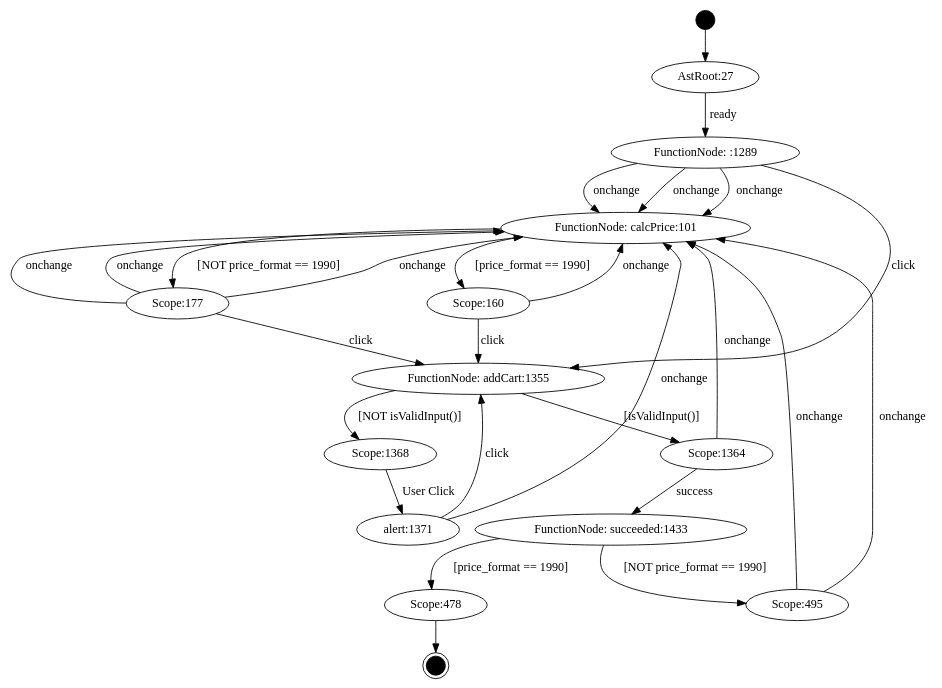
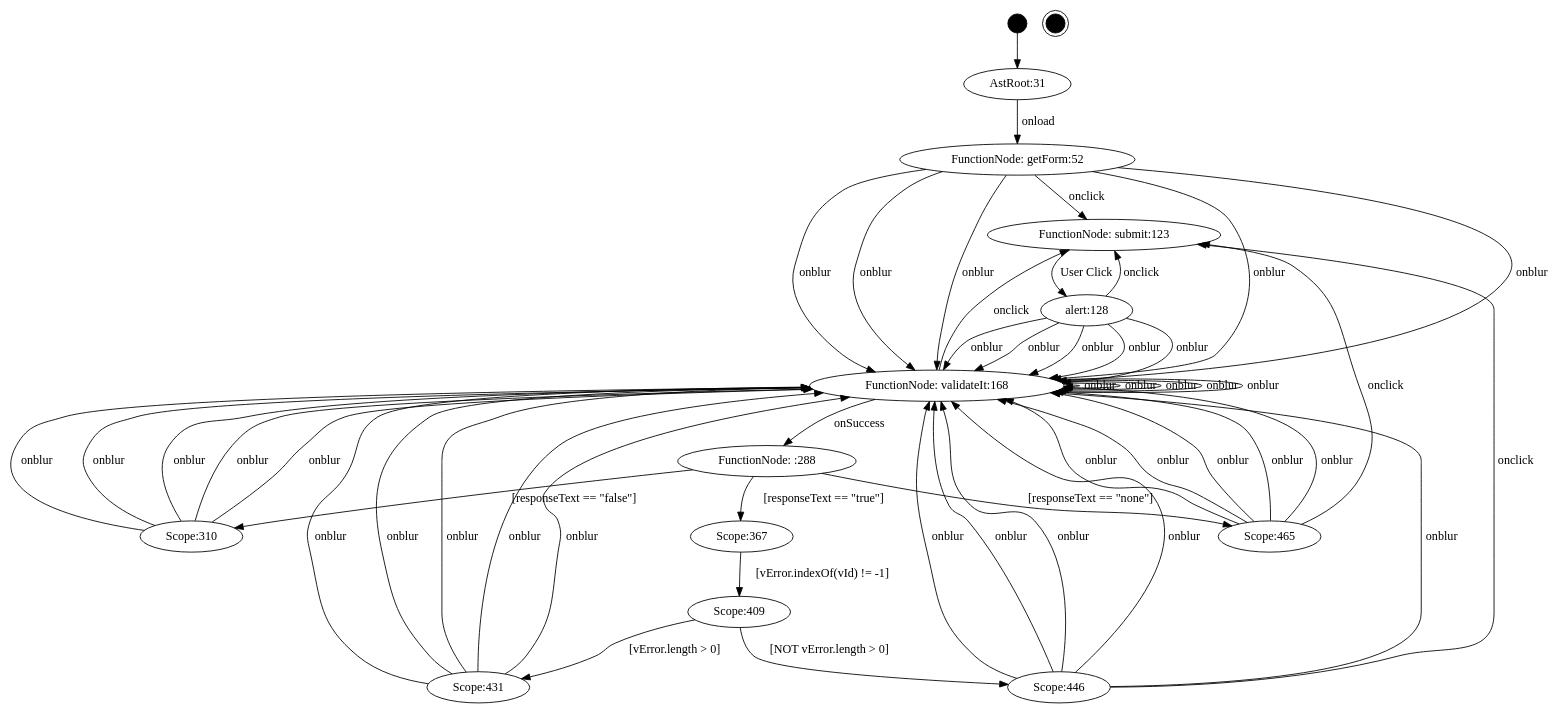
The diagram in projects/project/model/fsm.dot (mzw/JSAnalyzer), drawn with Graphviz before and after one commit. The commit also changed 10 other files, not shown here.

```diff
--- a/projects/project/model/fsm.dot
+++ b/projects/project/model/fsm.dot
@@ -1,42 +1,66 @@
 digraph FSM {
-JSAnalyzer_0000003218[label="",shape=circle,style=filled,color=black,fixedsize=true,width=0.3];
-JSAnalyzer_0000003220[label="",shape=doublecircle,style=filled,color=black,fixedsize=true,width=0.3];
-JSAnalyzer_0000000027[label="AstRoot:27"];
-JSAnalyzer_0000000101[label="FunctionNode: calcPrice:101"];
-JSAnalyzer_0000000160[label="Scope:160"];
-JSAnalyzer_0000000177[label="Scope:177"];
-JSAnalyzer_0000000478[label="Scope:478"];
-JSAnalyzer_0000000495[label="Scope:495"];
-JSAnalyzer_0000001289[label="FunctionNode: :1289"];
-JSAnalyzer_0000001355[label="FunctionNode: addCart:1355"];
-JSAnalyzer_0000001364[label="Scope:1364"];
-JSAnalyzer_0000001368[label="Scope:1368"];
-JSAnalyzer_0000001433[label="FunctionNode: succeeded:1433"];
-JSAnalyzer_0000001371[label="alert:1371"];
-JSAnalyzer_0000003218 -> JSAnalyzer_0000000027;
-JSAnalyzer_0000000101 -> JSAnalyzer_0000000160[label="[price_format == 1990]"];
-JSAnalyzer_0000000101 -> JSAnalyzer_0000000177[label="[NOT price_format == 1990]"];
-JSAnalyzer_0000001433 -> JSAnalyzer_0000000478[label="[price_format == 1990]"];
-JSAnalyzer_0000001433 -> JSAnalyzer_0000000495[label="[NOT price_format == 1990]"];
-JSAnalyzer_0000001355 -> JSAnalyzer_0000001364[label="[isValidInput()]"];
-JSAnalyzer_0000001355 -> JSAnalyzer_0000001368[label="[NOT isValidInput()]"];
-JSAnalyzer_0000000027 -> JSAnalyzer_0000001289[label="ready"];
-JSAnalyzer_0000000160 -> JSAnalyzer_0000000101[label="onchange"];
-JSAnalyzer_0000000160 -> JSAnalyzer_0000001355[label="click"];
-JSAnalyzer_0000000177 -> JSAnalyzer_0000000101[label="onchange"];
-JSAnalyzer_0000000177 -> JSAnalyzer_0000000101[label="onchange"];
-JSAnalyzer_0000000177 -> JSAnalyzer_0000000101[label="onchange"];
-JSAnalyzer_0000000177 -> JSAnalyzer_0000001355[label="click"];
-JSAnalyzer_0000000495 -> JSAnalyzer_0000000101[label="onchange"];
-JSAnalyzer_0000000495 -> JSAnalyzer_0000000101[label="onchange"];
-JSAnalyzer_0000001289 -> JSAnalyzer_0000000101[label="onchange"];
-JSAnalyzer_0000001289 -> JSAnalyzer_0000000101[label="onchange"];
-JSAnalyzer_0000001289 -> JSAnalyzer_0000000101[label="onchange"];
-JSAnalyzer_0000001289 -> JSAnalyzer_0000001355[label="click"];
-JSAnalyzer_0000001364 -> JSAnalyzer_0000001433[label="success"];
-JSAnalyzer_0000001364 -> JSAnalyzer_0000000101[label="onchange"];
-JSAnalyzer_0000001368 -> JSAnalyzer_0000001371[label="User Click"];
-JSAnalyzer_0000001371 -> JSAnalyzer_0000000101[label="onchange"];
-JSAnalyzer_0000001371 -> JSAnalyzer_0000001355[label="click"];
-JSAnalyzer_0000000478 -> JSAnalyzer_0000003220[label=""];
+JSAnalyzer_0000002857[label="",shape=circle,style=filled,color=black,fixedsize=true,width=0.3];
+JSAnalyzer_0000002859[label="",shape=doublecircle,style=filled,color=black,fixedsize=true,width=0.3];
+JSAnalyzer_0000000031[label="AstRoot:31"];
+JSAnalyzer_0000000052[label="FunctionNode: getForm:52"];
+JSAnalyzer_0000000123[label="FunctionNode: submit:123"];
+JSAnalyzer_0000000168[label="FunctionNode: validateIt:168"];
+JSAnalyzer_0000000288[label="FunctionNode: :288"];
+JSAnalyzer_0000000310[label="Scope:310"];
+JSAnalyzer_0000000367[label="Scope:367"];
+JSAnalyzer_0000000409[label="Scope:409"];
+JSAnalyzer_0000000431[label="Scope:431"];
+JSAnalyzer_0000000446[label="Scope:446"];
+JSAnalyzer_0000000465[label="Scope:465"];
+JSAnalyzer_0000000128[label="alert:128"];
+JSAnalyzer_0000002857 -> JSAnalyzer_0000000031;
+JSAnalyzer_0000000288 -> JSAnalyzer_0000000310[label="[responseText == \"false\"]"];
+JSAnalyzer_0000000288 -> JSAnalyzer_0000000367[label="[responseText == \"true\"]"];
+JSAnalyzer_0000000367 -> JSAnalyzer_0000000409[label="[vError\.indexOf(vId) != -1]"];
+JSAnalyzer_0000000409 -> JSAnalyzer_0000000431[label="[vError\.length > 0]"];
+JSAnalyzer_0000000409 -> JSAnalyzer_0000000446[label="[NOT vError\.length > 0]"];
+JSAnalyzer_0000000288 -> JSAnalyzer_0000000465[label="[responseText == \"none\"]"];
+JSAnalyzer_0000000031 -> JSAnalyzer_0000000052[label="onload"];
+JSAnalyzer_0000000052 -> JSAnalyzer_0000000168[label="onblur"];
+JSAnalyzer_0000000052 -> JSAnalyzer_0000000168[label="onblur"];
+JSAnalyzer_0000000052 -> JSAnalyzer_0000000168[label="onblur"];
+JSAnalyzer_0000000052 -> JSAnalyzer_0000000168[label="onblur"];
+JSAnalyzer_0000000052 -> JSAnalyzer_0000000168[label="onblur"];
+JSAnalyzer_0000000052 -> JSAnalyzer_0000000123[label="onclick"];
+JSAnalyzer_0000000123 -> JSAnalyzer_0000000128[label="User Click"];
+JSAnalyzer_0000000168 -> JSAnalyzer_0000000288[label="onSuccess"];
+JSAnalyzer_0000000168 -> JSAnalyzer_0000000168[label="onblur"];
+JSAnalyzer_0000000168 -> JSAnalyzer_0000000168[label="onblur"];
+JSAnalyzer_0000000168 -> JSAnalyzer_0000000168[label="onblur"];
+JSAnalyzer_0000000168 -> JSAnalyzer_0000000168[label="onblur"];
+JSAnalyzer_0000000168 -> JSAnalyzer_0000000168[label="onblur"];
+JSAnalyzer_0000000168 -> JSAnalyzer_0000000123[label="onclick"];
+JSAnalyzer_0000000310 -> JSAnalyzer_0000000168[label="onblur"];
+JSAnalyzer_0000000310 -> JSAnalyzer_0000000168[label="onblur"];
+JSAnalyzer_0000000310 -> JSAnalyzer_0000000168[label="onblur"];
+JSAnalyzer_0000000310 -> JSAnalyzer_0000000168[label="onblur"];
+JSAnalyzer_0000000310 -> JSAnalyzer_0000000168[label="onblur"];
+JSAnalyzer_0000000431 -> JSAnalyzer_0000000168[label="onblur"];
+JSAnalyzer_0000000431 -> JSAnalyzer_0000000168[label="onblur"];
+JSAnalyzer_0000000431 -> JSAnalyzer_0000000168[label="onblur"];
+JSAnalyzer_0000000431 -> JSAnalyzer_0000000168[label="onblur"];
+JSAnalyzer_0000000431 -> JSAnalyzer_0000000168[label="onblur"];
+JSAnalyzer_0000000446 -> JSAnalyzer_0000000168[label="onblur"];
+JSAnalyzer_0000000446 -> JSAnalyzer_0000000168[label="onblur"];
+JSAnalyzer_0000000446 -> JSAnalyzer_0000000168[label="onblur"];
+JSAnalyzer_0000000446 -> JSAnalyzer_0000000168[label="onblur"];
+JSAnalyzer_0000000446 -> JSAnalyzer_0000000168[label="onblur"];
+JSAnalyzer_0000000446 -> JSAnalyzer_0000000123[label="onclick"];
+JSAnalyzer_0000000465 -> JSAnalyzer_0000000168[label="onblur"];
+JSAnalyzer_0000000465 -> JSAnalyzer_0000000168[label="onblur"];
+JSAnalyzer_0000000465 -> JSAnalyzer_0000000168[label="onblur"];
+JSAnalyzer_0000000465 -> JSAnalyzer_0000000168[label="onblur"];
+JSAnalyzer_0000000465 -> JSAnalyzer_0000000168[label="onblur"];
+JSAnalyzer_0000000465 -> JSAnalyzer_0000000123[label="onclick"];
+JSAnalyzer_0000000128 -> JSAnalyzer_0000000168[label="onblur"];
+JSAnalyzer_0000000128 -> JSAnalyzer_0000000168[label="onblur"];
+JSAnalyzer_0000000128 -> JSAnalyzer_0000000168[label="onblur"];
+JSAnalyzer_0000000128 -> JSAnalyzer_0000000168[label="onblur"];
+JSAnalyzer_0000000128 -> JSAnalyzer_0000000168[label="onblur"];
+JSAnalyzer_0000000128 -> JSAnalyzer_0000000123[label="onclick"];
 }
```
